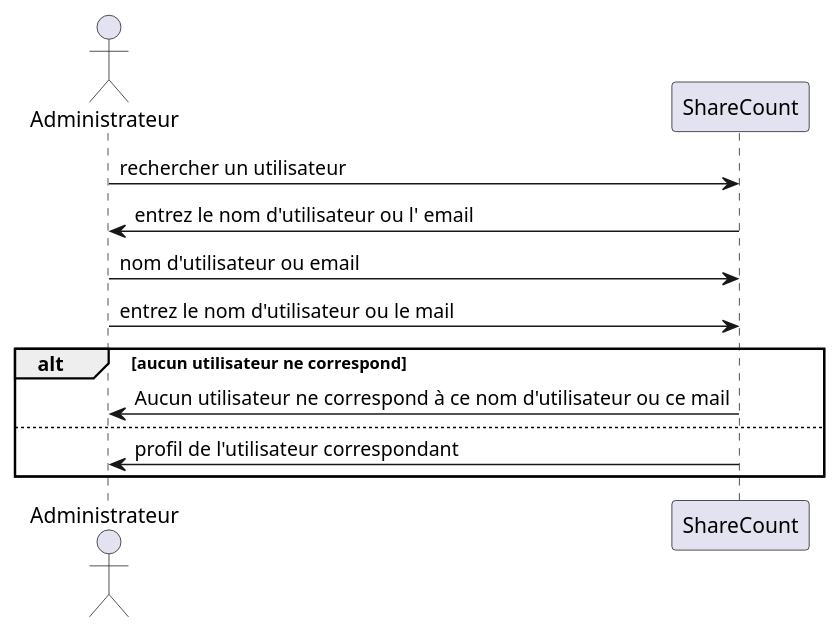
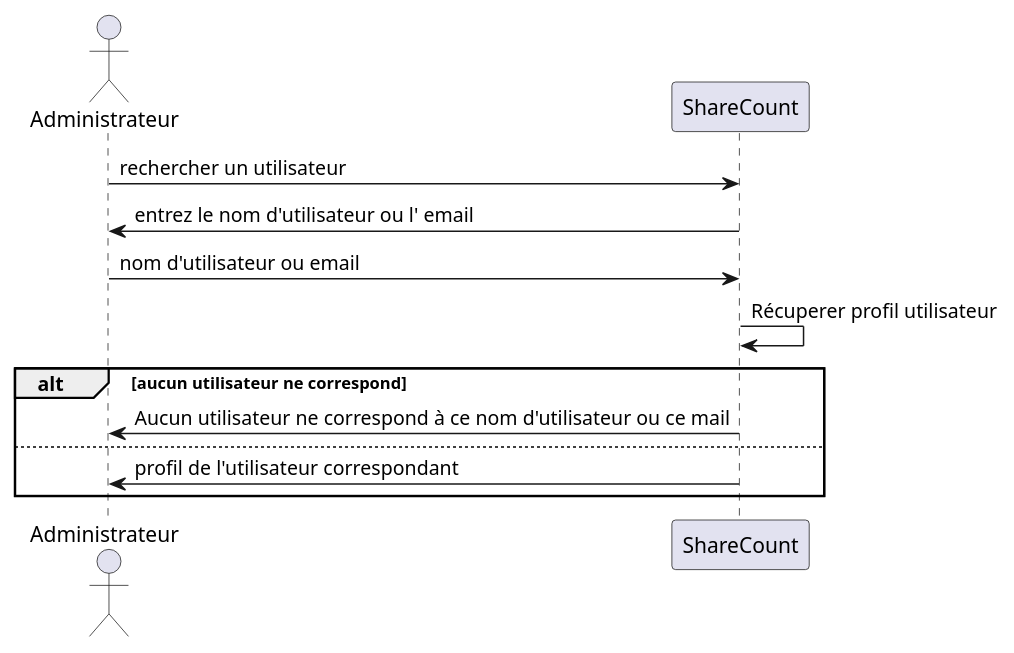
One commit to lmtb06/sharecount changed the diagram in diagrammes/specification/sequence/admin-rechercher-profil-utilisateur.puml. Above: the diagram before and after it, drawn with PlantUML. The commit also changed 1 other file, not shown here.

Commit message:
correction diagrammes

```diff
--- a/diagrammes/specification/sequence/admin-rechercher-profil-utilisateur.puml
+++ b/diagrammes/specification/sequence/admin-rechercher-profil-utilisateur.puml
@@ -1,14 +1,14 @@
 @startuml "Rechercher un profil utilisateur (admin)"
 actor Administrateur as a
 participant ShareCount as sc
 
 a 	-> 	sc : rechercher un utilisateur
 a 	<- 	sc : entrez le nom d'utilisateur ou l' email
 a 	-> 	sc : nom d'utilisateur ou email
-a 	-> 	sc : entrez le nom d'utilisateur ou le mail
+sc 	-> 	sc : Récuperer profil utilisateur
 alt aucun utilisateur ne correspond
 a 	<- 	sc : Aucun utilisateur ne correspond à ce nom d'utilisateur ou ce mail
 else
 a 	<- 	sc : profil de l'utilisateur correspondant
 end
 @enduml
```
